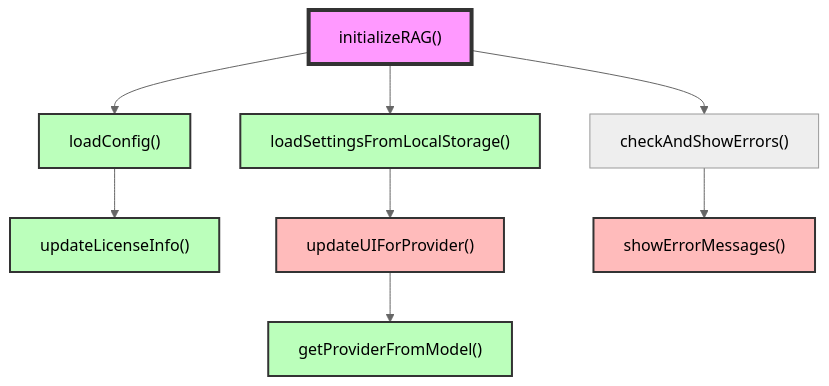
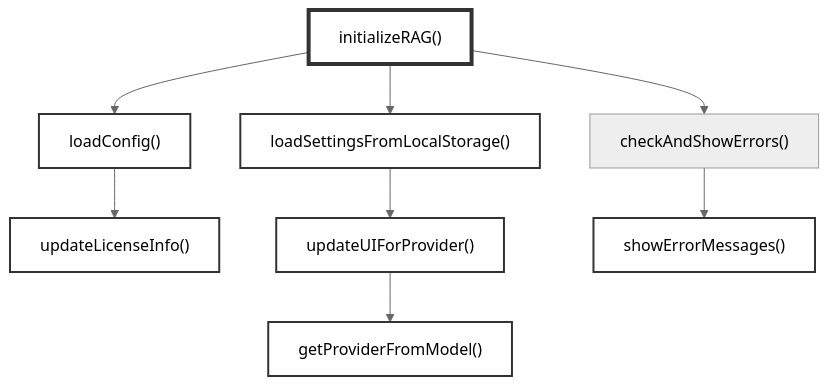
Before and after one commit to koteitan/googolbook-lm: the first of 3 diagrams in lib/js-functions.md, drawn with Mermaid (neutral theme). The commit also changed other lines of this file, not shown here.

````diff
--- a/lib/js-functions.md
+++ b/lib/js-functions.md
@@ -97,21 +111,21 @@
 ```mermaid
 graph TD
     initializeRAG["initializeRAG()"]
     
     initializeRAG --> loadConfig["loadConfig()"]
     initializeRAG --> loadSettingsFromLocalStorage["loadSettingsFromLocalStorage()"]
     initializeRAG --> checkAndShowErrors["checkAndShowErrors()"]
     
     loadConfig --> updateLicenseInfo["updateLicenseInfo()"]
     loadSettingsFromLocalStorage --> updateUIForProvider["updateUIForProvider()"]
     checkAndShowErrors --> showErrorMessages["showErrorMessages()"]
     updateUIForProvider --> getProviderFromModel["getProviderFromModel()"]
     
-    classDef entry fill:#f9f,stroke:#333,stroke-width:4px
-    classDef ui fill:#fbb,stroke:#333,stroke-width:2px
-    classDef util fill:#bfb,stroke:#333,stroke-width:2px
+    classDef entry fill:none,stroke:#333,stroke-width:4px
+    classDef ui fill:none,stroke:#333,stroke-width:2px
+    classDef util fill:none,stroke:#333,stroke-width:2px
     
     class initializeRAG entry
     class showErrorMessages,updateUIForProvider ui
     class loadConfig,loadSettingsFromLocalStorage,updateLicenseInfo,getProviderFromModel util
 ```
````
